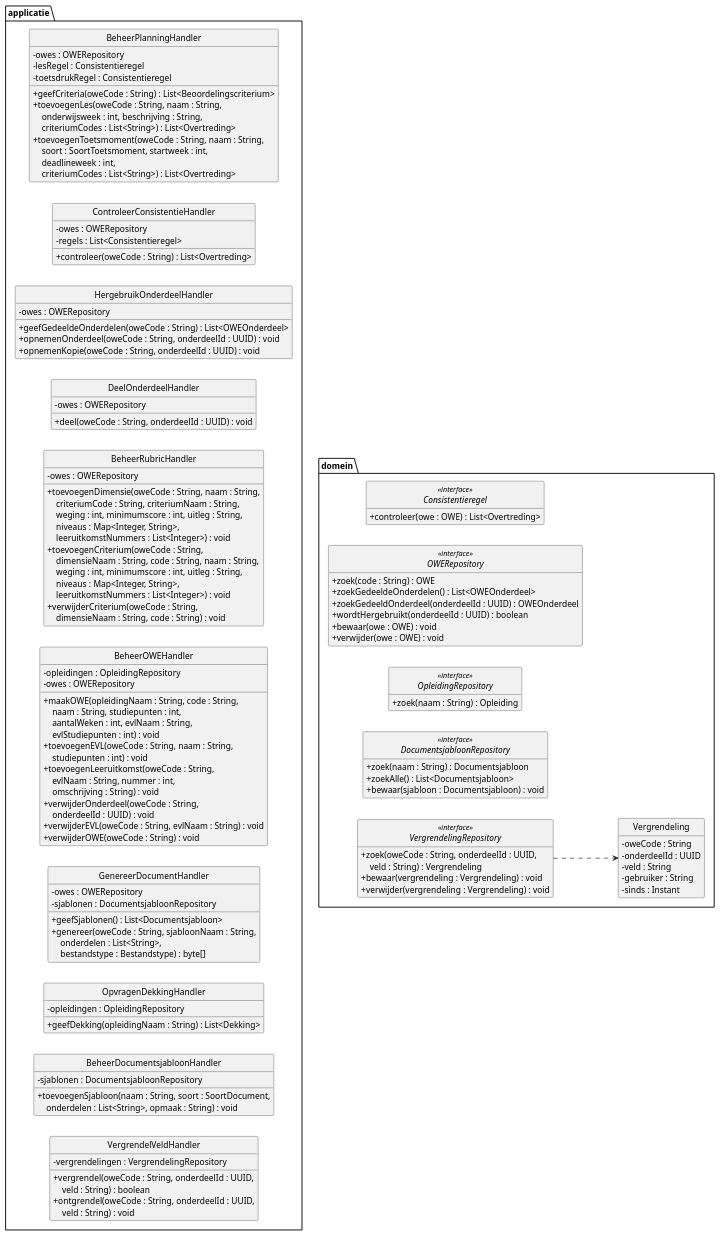
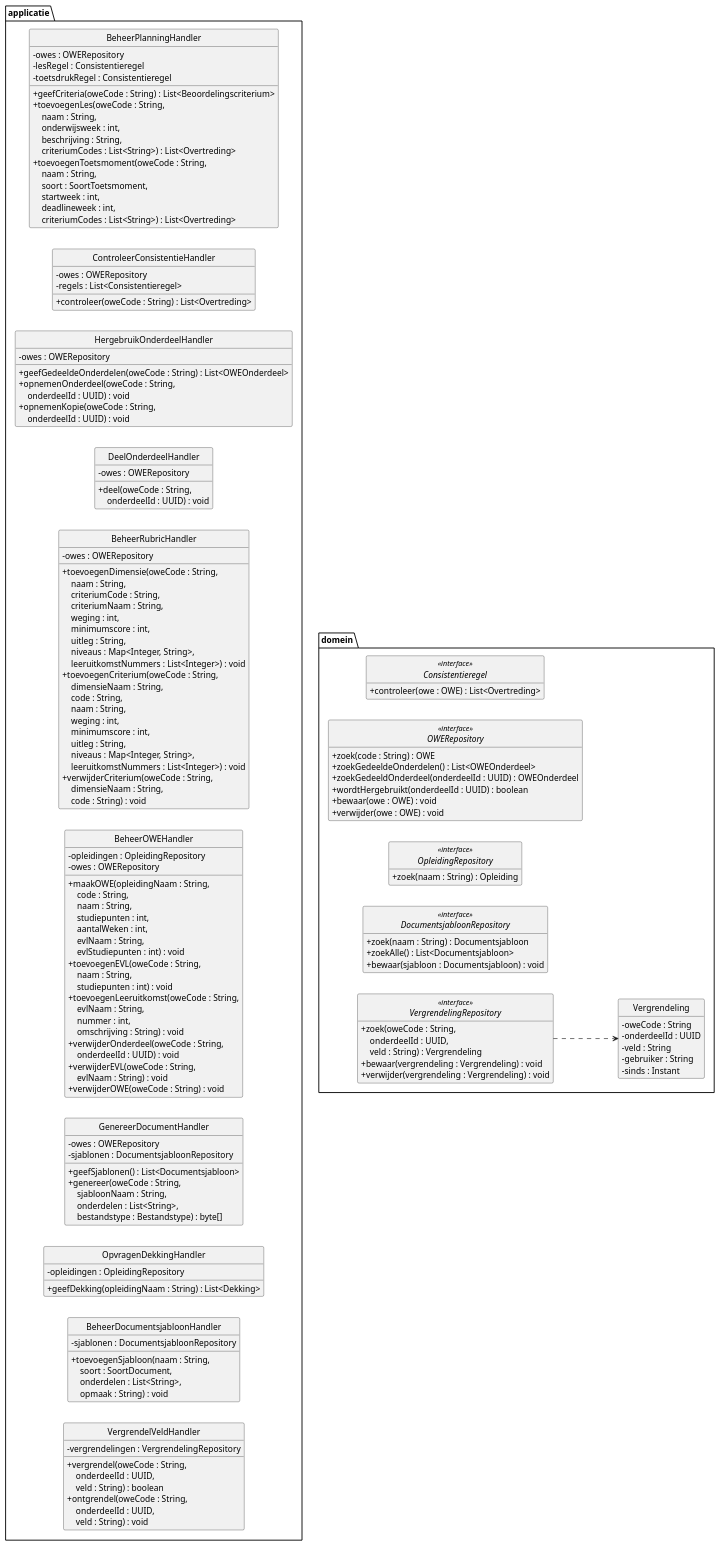
One commit to HAN-Craftsmanship-KL-JJG/casus changed the diagram in docs/diagrams/klassendiagram-handlers.puml. Above: the diagram before and after it, drawn with PlantUML. The commit also changed 14 other files, not shown here.

First line of the commit message:
docs: split the domain class diagram into four diagrams

```diff
--- a/docs/diagrams/klassendiagram-handlers.puml
+++ b/docs/diagrams/klassendiagram-handlers.puml
@@ -1,151 +1,179 @@
 @startuml klassendiagram-handlers
 ' Design class diagram van ICDE: use case controllers en repositories.
 ' Toelichting: docs/07-klassendiagram.md
-' De domeinklassen staan volledig in klassendiagram-domein.puml.
+' De domeinklassen staan volledig in de klassendiagrammen owe, rubric, planning en onderdeel.
 ' Verwijzingen naar repositories en regels staan als attribuut, niet als lijn (Larman 7.4).
 skinparam style strictuml
 skinparam shadowing false
 skinparam defaultFontName Helvetica
 skinparam classAttributeIconSize 0
 hide empty members
 left to right direction
 
 package applicatie {
   class BeheerOWEHandler {
     - opleidingen : OpleidingRepository
     - owes : OWERepository
-    + maakOWE(opleidingNaam : String, code : String,\n    \
-naam : String, studiepunten : int,\n    \
-aantalWeken : int, evlNaam : String,\n    \
+    + maakOWE(opleidingNaam : String,\n    \
+code : String,\n    \
+naam : String,\n    \
+studiepunten : int,\n    \
+aantalWeken : int,\n    \
+evlNaam : String,\n    \
 evlStudiepunten : int) : void
-    + toevoegenEVL(oweCode : String, naam : String,\n    \
+    + toevoegenEVL(oweCode : String,\n    \
+naam : String,\n    \
 studiepunten : int) : void
     + toevoegenLeeruitkomst(oweCode : String,\n    \
-evlNaam : String, nummer : int,\n    \
+evlNaam : String,\n    \
+nummer : int,\n    \
 omschrijving : String) : void
     + verwijderOnderdeel(oweCode : String,\n    \
 onderdeelId : UUID) : void
-    + verwijderEVL(oweCode : String, evlNaam : String) : void
+    + verwijderEVL(oweCode : String,\n    \
+evlNaam : String) : void
     + verwijderOWE(oweCode : String) : void
   }
   class BeheerRubricHandler {
     - owes : OWERepository
-    + toevoegenDimensie(oweCode : String, naam : String,\n    \
-criteriumCode : String, criteriumNaam : String,\n    \
-weging : int, minimumscore : int, uitleg : String,\n    \
+    + toevoegenDimensie(oweCode : String,\n    \
+naam : String,\n    \
+criteriumCode : String,\n    \
+criteriumNaam : String,\n    \
+weging : int,\n    \
+minimumscore : int,\n    \
+uitleg : String,\n    \
 niveaus : Map<Integer, String>,\n    \
 leeruitkomstNummers : List<Integer>) : void
     + toevoegenCriterium(oweCode : String,\n    \
-dimensieNaam : String, code : String, naam : String,\n    \
-weging : int, minimumscore : int, uitleg : String,\n    \
+dimensieNaam : String,\n    \
+code : String,\n    \
+naam : String,\n    \
+weging : int,\n    \
+minimumscore : int,\n    \
+uitleg : String,\n    \
 niveaus : Map<Integer, String>,\n    \
 leeruitkomstNummers : List<Integer>) : void
     + verwijderCriterium(oweCode : String,\n    \
-dimensieNaam : String, code : String) : void
+dimensieNaam : String,\n    \
+code : String) : void
   }
   class BeheerPlanningHandler {
     - owes : OWERepository
     - lesRegel : Consistentieregel
     - toetsdrukRegel : Consistentieregel
     + geefCriteria(oweCode : String) : List<Beoordelingscriterium>
-    + toevoegenLes(oweCode : String, naam : String,\n    \
-onderwijsweek : int, beschrijving : String,\n    \
+    + toevoegenLes(oweCode : String,\n    \
+naam : String,\n    \
+onderwijsweek : int,\n    \
+beschrijving : String,\n    \
 criteriumCodes : List<String>) : List<Overtreding>
-    + toevoegenToetsmoment(oweCode : String, naam : String,\n    \
-soort : SoortToetsmoment, startweek : int,\n    \
+    + toevoegenToetsmoment(oweCode : String,\n    \
+naam : String,\n    \
+soort : SoortToetsmoment,\n    \
+startweek : int,\n    \
 deadlineweek : int,\n    \
 criteriumCodes : List<String>) : List<Overtreding>
   }
   class ControleerConsistentieHandler {
     - owes : OWERepository
     - regels : List<Consistentieregel>
     + controleer(oweCode : String) : List<Overtreding>
   }
   class GenereerDocumentHandler {
     - owes : OWERepository
     - sjablonen : DocumentsjabloonRepository
     + geefSjablonen() : List<Documentsjabloon>
-    + genereer(oweCode : String, sjabloonNaam : String,\n    \
+    + genereer(oweCode : String,\n    \
+sjabloonNaam : String,\n    \
 onderdelen : List<String>,\n    \
 bestandstype : Bestandstype) : byte[]
   }
   class HergebruikOnderdeelHandler {
     - owes : OWERepository
     + geefGedeeldeOnderdelen(oweCode : String) : List<OWEOnderdeel>
-    + opnemenOnderdeel(oweCode : String, onderdeelId : UUID) : void
-    + opnemenKopie(oweCode : String, onderdeelId : UUID) : void
+    + opnemenOnderdeel(oweCode : String,\n    \
+onderdeelId : UUID) : void
+    + opnemenKopie(oweCode : String,\n    \
+onderdeelId : UUID) : void
   }
   class OpvragenDekkingHandler {
     - opleidingen : OpleidingRepository
     + geefDekking(opleidingNaam : String) : List<Dekking>
   }
   class DeelOnderdeelHandler {
     - owes : OWERepository
-    + deel(oweCode : String, onderdeelId : UUID) : void
+    + deel(oweCode : String,\n    \
+onderdeelId : UUID) : void
   }
   class BeheerDocumentsjabloonHandler {
     - sjablonen : DocumentsjabloonRepository
-    + toevoegenSjabloon(naam : String, soort : SoortDocument,\n    \
-onderdelen : List<String>, opmaak : String) : void
+    + toevoegenSjabloon(naam : String,\n    \
+soort : SoortDocument,\n    \
+onderdelen : List<String>,\n    \
+opmaak : String) : void
   }
   class VergrendelVeldHandler {
     - vergrendelingen : VergrendelingRepository
-    + vergrendel(oweCode : String, onderdeelId : UUID,\n    \
+    + vergrendel(oweCode : String,\n    \
+onderdeelId : UUID,\n    \
 veld : String) : boolean
-    + ontgrendel(oweCode : String, onderdeelId : UUID,\n    \
+    + ontgrendel(oweCode : String,\n    \
+onderdeelId : UUID,\n    \
 veld : String) : void
   }
 }
 
 package domein {
   interface OWERepository <<interface>> {
     + zoek(code : String) : OWE
     + zoekGedeeldeOnderdelen() : List<OWEOnderdeel>
     + zoekGedeeldOnderdeel(onderdeelId : UUID) : OWEOnderdeel
     + wordtHergebruikt(onderdeelId : UUID) : boolean
     + bewaar(owe : OWE) : void
     + verwijder(owe : OWE) : void
   }
   interface OpleidingRepository <<interface>> {
     + zoek(naam : String) : Opleiding
   }
   interface DocumentsjabloonRepository <<interface>> {
     + zoek(naam : String) : Documentsjabloon
     + zoekAlle() : List<Documentsjabloon>
     + bewaar(sjabloon : Documentsjabloon) : void
   }
   interface VergrendelingRepository <<interface>> {
-    + zoek(oweCode : String, onderdeelId : UUID,\n    \
+    + zoek(oweCode : String,\n    \
+onderdeelId : UUID,\n    \
 veld : String) : Vergrendeling
     + bewaar(vergrendeling : Vergrendeling) : void
     + verwijder(vergrendeling : Vergrendeling) : void
   }
   class Vergrendeling {
     - oweCode : String
     - onderdeelId : UUID
     - veld : String
     - gebruiker : String
     - sinds : Instant
   }
   interface Consistentieregel <<interface>> {
     + controleer(owe : OWE) : List<Overtreding>
   }
 }
 
 ' Onzichtbare lijnen zetten elke handler naast zijn repositories.
 BeheerOWEHandler -[hidden]-> OpleidingRepository
 BeheerOWEHandler -[hidden]-> OWERepository
 BeheerRubricHandler -[hidden]-> OWERepository
 BeheerPlanningHandler -[hidden]-> OWERepository
 ControleerConsistentieHandler -[hidden]-> OWERepository
 ControleerConsistentieHandler -[hidden]-> Consistentieregel
 BeheerPlanningHandler -[hidden]-> Consistentieregel
 GenereerDocumentHandler -[hidden]-> OWERepository
 GenereerDocumentHandler -[hidden]-> DocumentsjabloonRepository
 HergebruikOnderdeelHandler -[hidden]-> OWERepository
 OpvragenDekkingHandler -[hidden]-> OpleidingRepository
 DeelOnderdeelHandler -[hidden]-> OWERepository
 BeheerDocumentsjabloonHandler -[hidden]-> DocumentsjabloonRepository
 VergrendelVeldHandler -[hidden]-> VergrendelingRepository
 VergrendelingRepository ..> Vergrendeling
 @enduml
```
